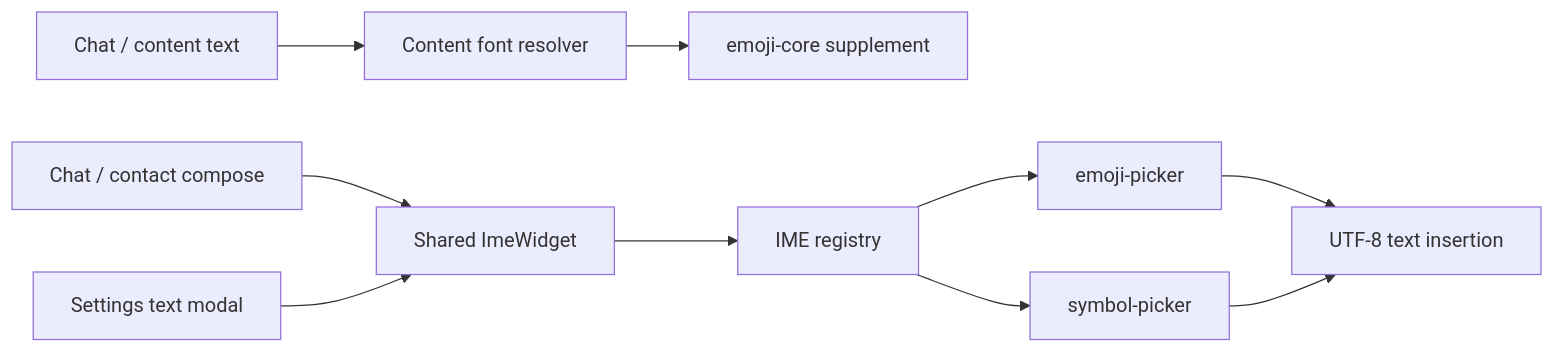
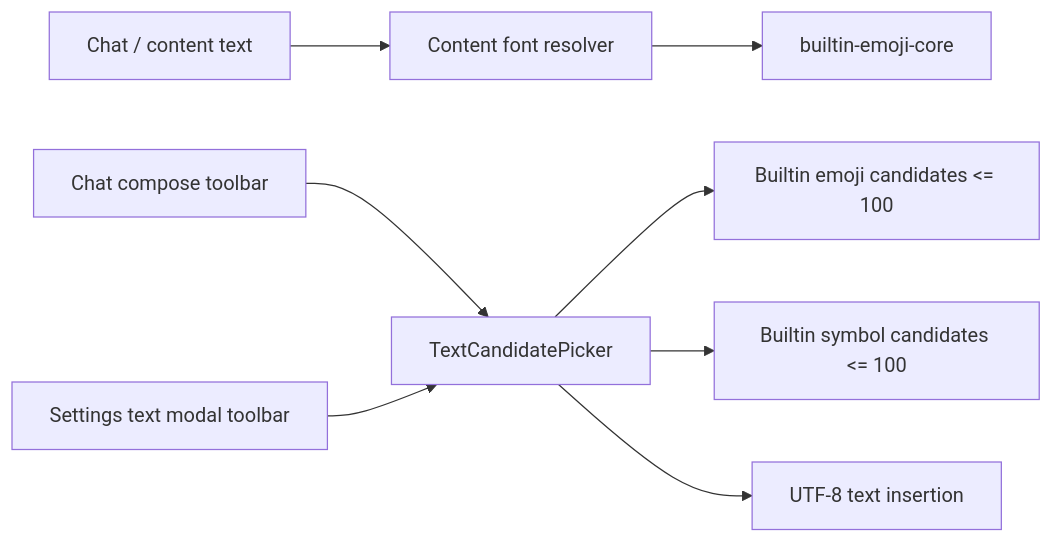
The third of 3 diagrams in docs/specification/LOCALIZATION_SPEC.md (DinaTzi/trail-mate), drawn with Mermaid before and after one commit. The commit also changed other lines of this file and 32 other files, not shown here.

First line of the commit message:
fix: stabilize map tiles and builtin text candidates

````diff
--- a/docs/specification/LOCALIZATION_SPEC.md
+++ b/docs/specification/LOCALIZATION_SPEC.md
@@ -463,12 +536,10 @@
 ```mermaid
 flowchart LR
   ChatText["Chat / content text"] --> FontResolver["Content font resolver"]
-  FontResolver --> EmojiFont["emoji-core supplement"]
-  ChatCompose["Chat / contact compose"] --> SharedIme["Shared ImeWidget"]
-  SettingsText["Settings text modal"] --> SharedIme
-  SharedIme --> ImeRegistry["IME registry"]
-  ImeRegistry --> EmojiIme["emoji-picker"]
-  ImeRegistry --> SymbolIme["symbol-picker"]
-  EmojiIme --> TextInsert["UTF-8 text insertion"]
-  SymbolIme --> TextInsert
+  FontResolver --> EmojiFont["builtin-emoji-core"]
+  ChatCompose["Chat compose toolbar"] --> TextPicker["TextCandidatePicker"]
+  SettingsText["Settings text modal toolbar"] --> TextPicker
+  TextPicker --> EmojiData["Builtin emoji candidates <= 100"]
+  TextPicker --> SymbolData["Builtin symbol candidates <= 100"]
+  TextPicker --> TextInsert["UTF-8 text insertion"]
 ```
````
